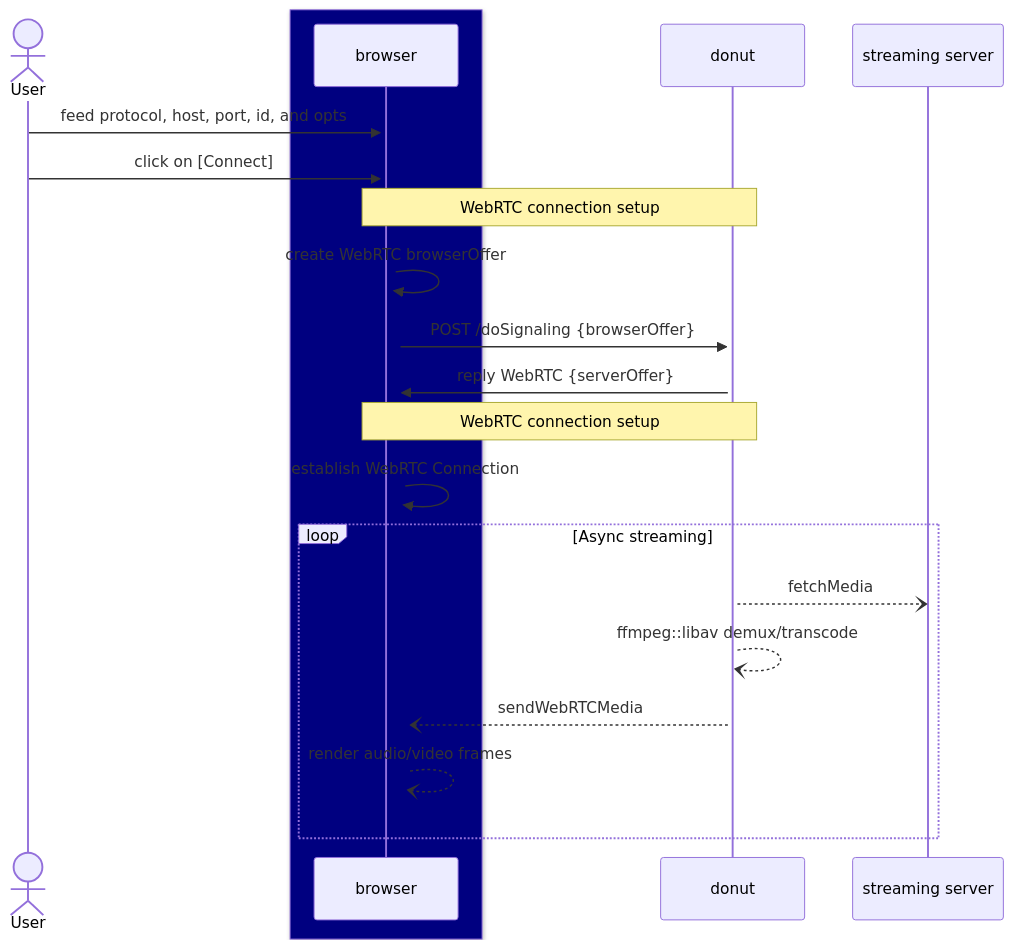
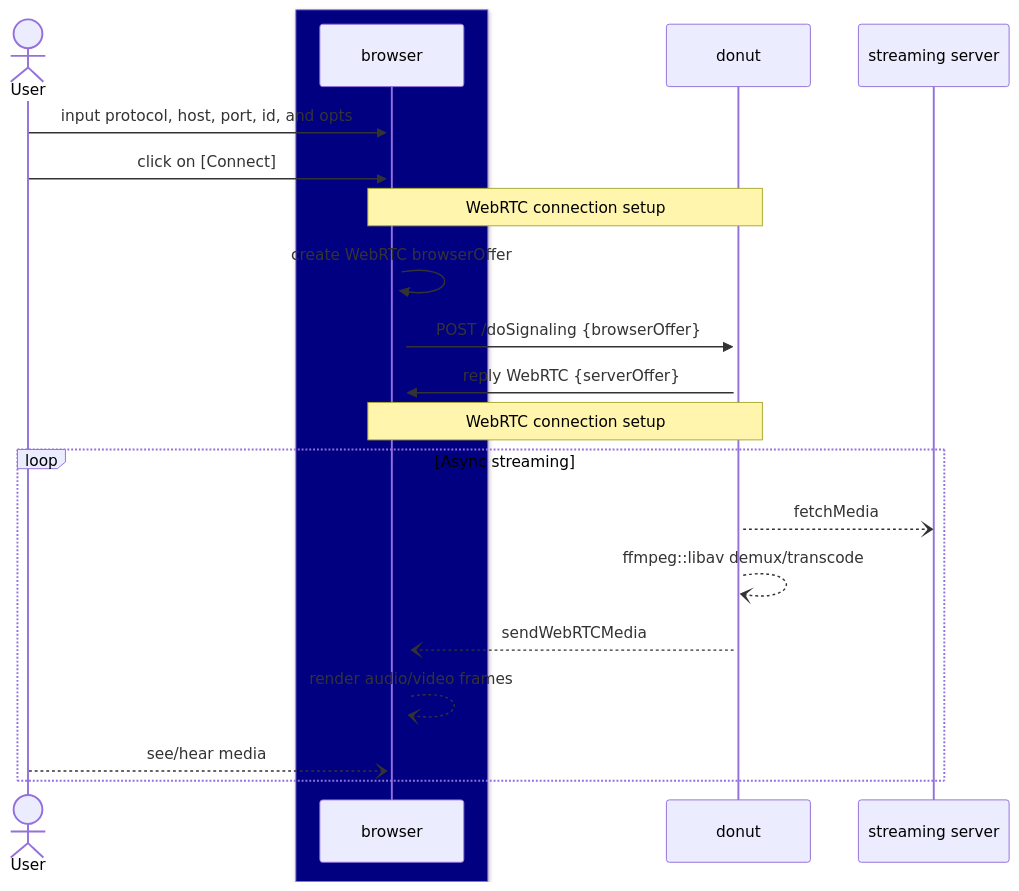
The first of 2 diagrams in HOW_IT_WORKS.md (flavioribeiro/donut), drawn with Mermaid before and after one commit.

Commit message:
add an implicit flow

````diff
--- a/HOW_IT_WORKS.md
+++ b/HOW_IT_WORKS.md
@@ -3,29 +3,28 @@
 ```mermaid
 sequenceDiagram
     actor User
 
     box Navy
         participant browser
     end
 
-    User->>+browser: feed protocol, host, port, id, and opts
+    User->>+browser: input protocol, host, port, id, and opts
     User->>+browser: click on [Connect]
     
     Note over donut,browser: WebRTC connection setup
     
     browser->>+browser: create WebRTC browserOffer
     browser->>+donut: POST /doSignaling {browserOffer}
 
     donut->>+browser: reply WebRTC {serverOffer}
 
     Note over donut,browser: WebRTC connection setup
 
-    browser->>+browser: establish WebRTC Connection
-
     loop Async streaming
         donut--)streaming server: fetchMedia
         donut--)donut: ffmpeg::libav demux/transcode
         donut--)browser: sendWebRTCMedia
         browser--)browser: render audio/video frames
+        User--)browser: see/hear media
     end
 ```
````
